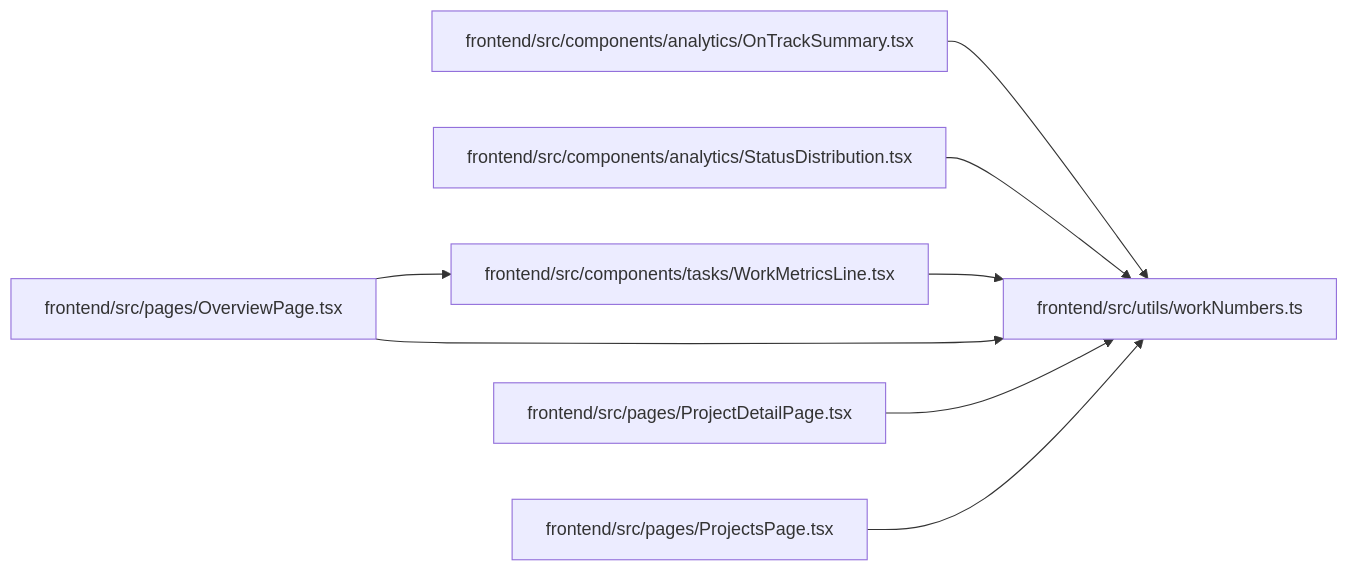
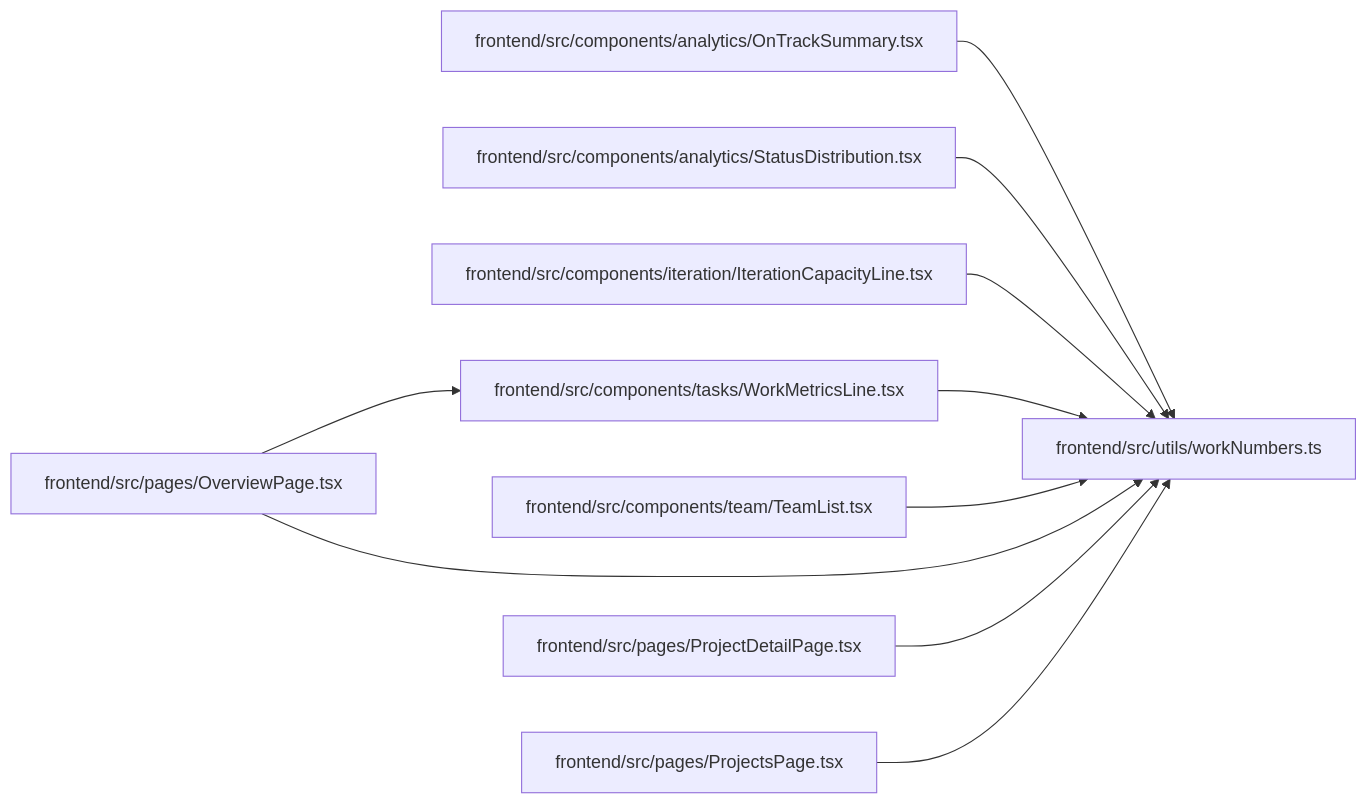
One commit to Denissvgn/WorkChord changed the diagram in docs/llm_wiki/modules/workNumbers.md. Above: the diagram before and after it, drawn with Mermaid. The commit also changed other lines of this file and 446 other files, not shown here.

````diff
--- a/docs/llm_wiki/modules/workNumbers.md
+++ b/docs/llm_wiki/modules/workNumbers.md
@@ -22,24 +22,30 @@
 ```mermaid
 flowchart LR
     n0["frontend/src/components/analytics/OnTrackSummary.tsx"]
     n1["frontend/src/components/analytics/StatusDistribution.tsx"]
-    n2["frontend/src/components/tasks/WorkMetricsLine.tsx"]
-    n3["frontend/src/pages/OverviewPage.tsx"]
-    n4["frontend/src/pages/ProjectDetailPage.tsx"]
-    n5["frontend/src/pages/ProjectsPage.tsx"]
-    n6["frontend/src/utils/workNumbers.ts"]
-    n0 --> n6
-    n1 --> n6
-    n2 --> n6
-    n3 --> n2
-    n3 --> n6
-    n4 --> n6
-    n5 --> n6
+    n2["frontend/src/components/iteration/IterationCapacityLine.tsx"]
+    n3["frontend/src/components/tasks/WorkMetricsLine.tsx"]
+    n4["frontend/src/components/team/TeamList.tsx"]
+    n5["frontend/src/pages/OverviewPage.tsx"]
+    n6["frontend/src/pages/ProjectDetailPage.tsx"]
+    n7["frontend/src/pages/ProjectsPage.tsx"]
+    n8["frontend/src/utils/workNumbers.ts"]
+    n0 --> n8
+    n1 --> n8
+    n2 --> n8
+    n3 --> n8
+    n4 --> n8
+    n5 --> n3
+    n5 --> n8
+    n6 --> n8
+    n7 --> n8
     click n0 "../modules/OnTrackSummary.md"
     click n1 "../modules/StatusDistribution.md"
-    click n2 "../modules/WorkMetricsLine.md"
-    click n3 "../modules/OverviewPage.md"
-    click n4 "../modules/ProjectDetailPage.md"
-    click n5 "../modules/ProjectsPage.md"
-    click n6 "../modules/workNumbers.md"
+    click n2 "../modules/IterationCapacityLine.md"
+    click n3 "../modules/WorkMetricsLine.md"
+    click n4 "../modules/TeamList.md"
+    click n5 "../modules/OverviewPage.md"
+    click n6 "../modules/ProjectDetailPage.md"
+    click n7 "../modules/ProjectsPage.md"
+    click n8 "../modules/workNumbers.md"
 ```
````
